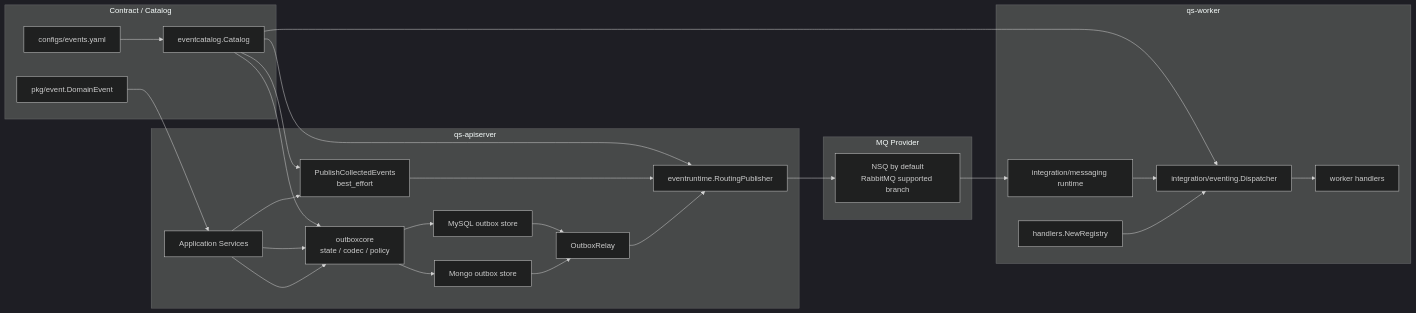
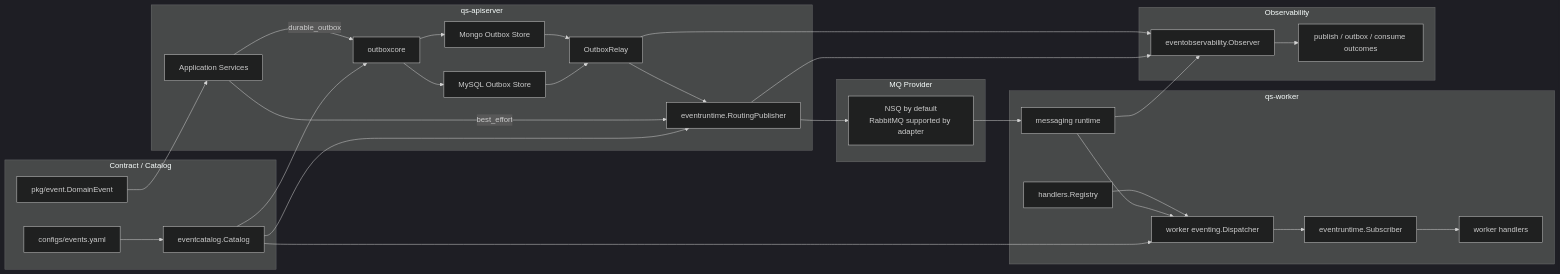
The first of 5 diagrams in docs/03-基础设施/event/00-整体架构.md (FangcunMount/qs-server), drawn with Mermaid (dark theme) before and after one commit. The commit also changed other lines of this file and 9 other files, not shown here.

````diff
--- a/docs/03-基础设施/event/00-整体架构.md
+++ b/docs/03-基础设施/event/00-整体架构.md
@@ -19,42 +61,60 @@
 ```mermaid
 flowchart LR
     subgraph Contract["Contract / Catalog"]
         yaml["configs/events.yaml"]
         catalog["eventcatalog.Catalog"]
-        evt["pkg/event.DomainEvent"]
+        domainEvent["pkg/event.DomainEvent"]
     end
 
     subgraph APIServer["qs-apiserver"]
         app["Application Services"]
-        direct["PublishCollectedEvents<br/>best_effort"]
-        core["outboxcore<br/>state / codec / policy"]
-        mysql["MySQL outbox store"]
-        mongo["Mongo outbox store"]
+        publisher["eventruntime.RoutingPublisher"]
+        outboxCore["outboxcore"]
+        mysqlOutbox["MySQL Outbox Store"]
+        mongoOutbox["Mongo Outbox Store"]
         relay["OutboxRelay"]
-        pub["eventruntime.RoutingPublisher"]
     end
 
     subgraph MQ["MQ Provider"]
-        broker["NSQ by default<br/>RabbitMQ supported branch"]
+        broker["NSQ by default<br/>RabbitMQ supported by adapter"]
     end
 
     subgraph Worker["qs-worker"]
-        registry["handlers.NewRegistry"]
-        dispatcher["integration/eventing.Dispatcher"]
-        runtime["integration/messaging runtime"]
+        registry["handlers.Registry"]
+        dispatcher["worker eventing.Dispatcher"]
+        subscriber["eventruntime.Subscriber"]
+        runtime["messaging runtime"]
         handlers["worker handlers"]
     end
 
+    subgraph Obs["Observability"]
+        observer["eventobservability.Observer"]
+        metrics["publish / outbox / consume outcomes"]
+    end
+
     yaml --> catalog
-    evt --> app
-    catalog --> direct
-    catalog --> core
-    catalog --> pub
+    catalog --> publisher
+    catalog --> outboxCore
     catalog --> dispatcher
-    app --> direct --> pub
-    app --> core --> mysql --> relay
-    app --> core --> mongo --> relay
-    relay --> pub --> broker
-    broker --> runtime --> dispatcher --> handlers
+    domainEvent --> app
+
+    app -->|best_effort| publisher
+    app -->|durable_outbox| outboxCore
+    outboxCore --> mysqlOutbox
+    outboxCore --> mongoOutbox
+    mysqlOutbox --> relay
+    mongoOutbox --> relay
+    relay --> publisher
+    publisher --> broker
+
+    broker --> runtime
+    runtime --> dispatcher
+    dispatcher --> subscriber
     registry --> dispatcher
+    subscriber --> handlers
+
+    publisher --> observer
+    relay --> observer
+    runtime --> observer
+    observer --> metrics
 ```
````
